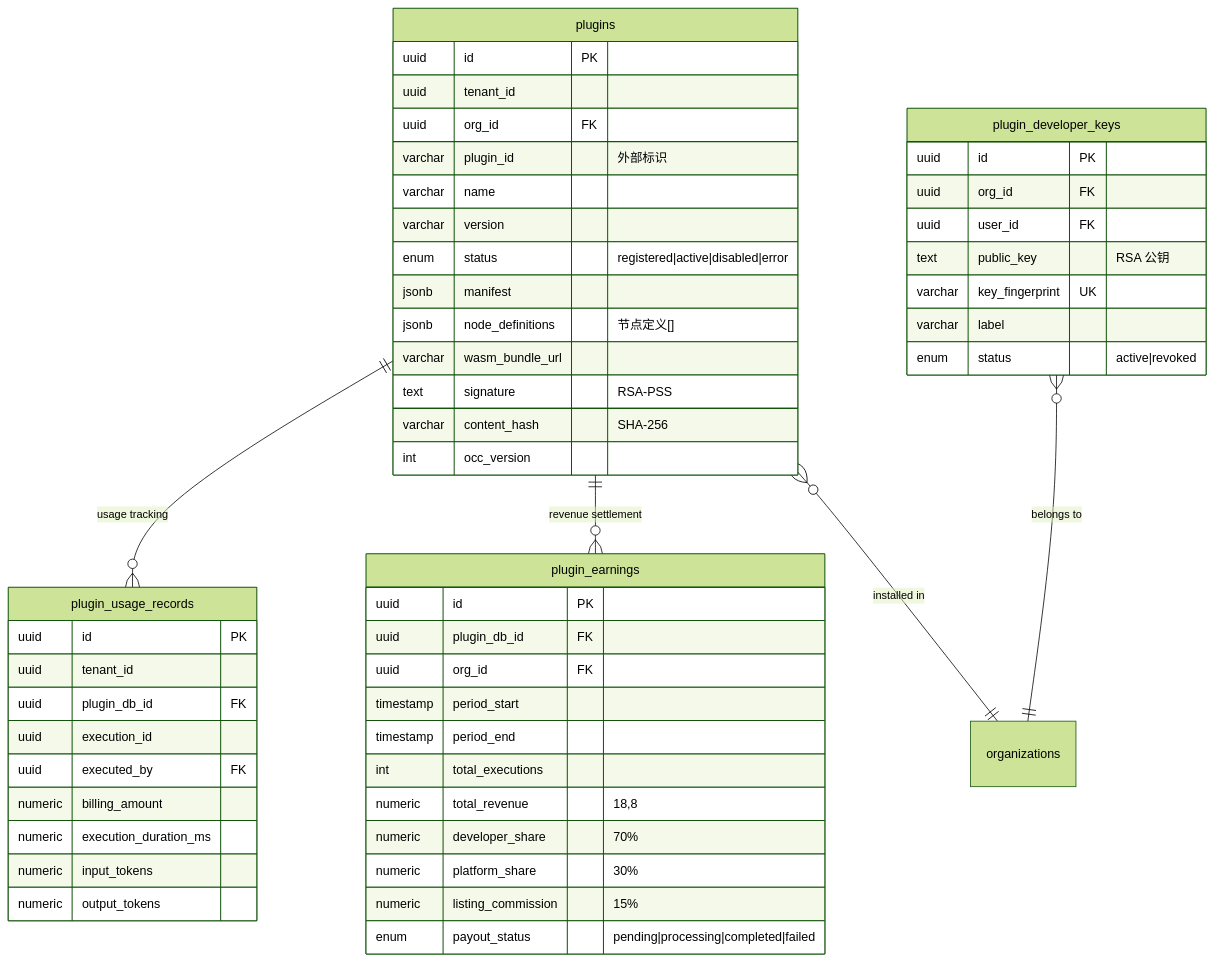
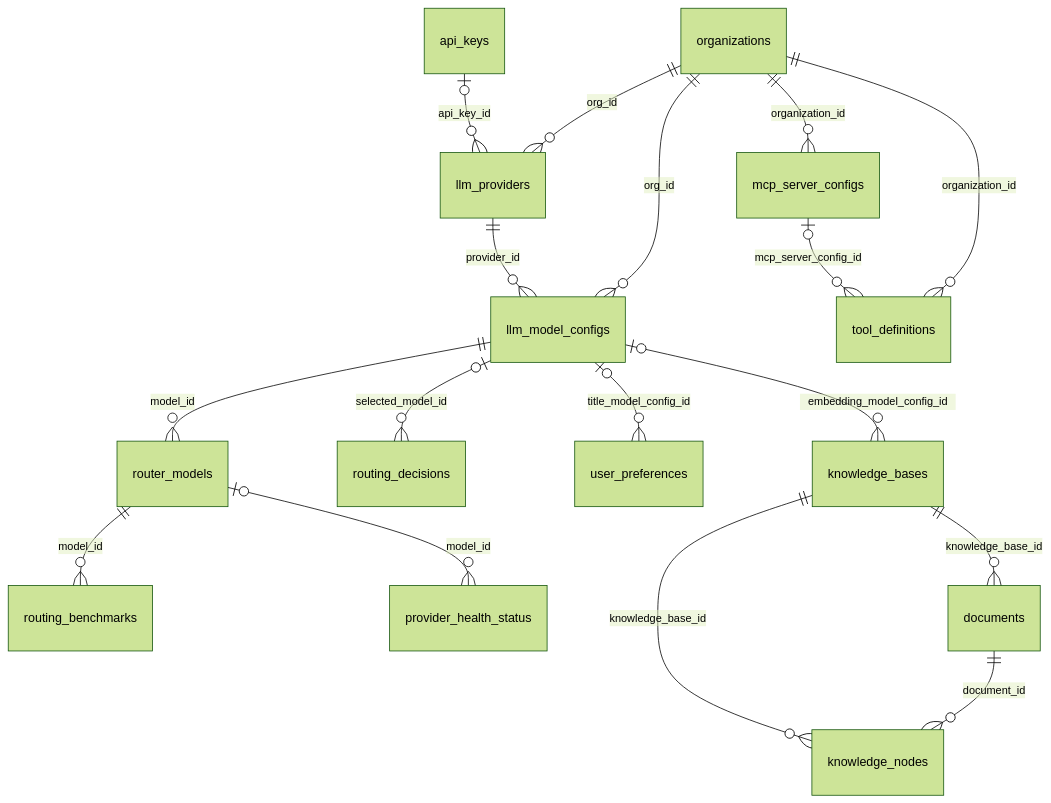
Before and after one commit to Lynricsy/AgentLoom: the sixth of 8 diagrams in agentloom-docs/dev/server/database.md, drawn with Mermaid (forest theme). The commit also changed other lines of this file and 10 other files, not shown here.

````diff
--- a/agentloom-docs/dev/server/database.md
+++ b/agentloom-docs/dev/server/database.md
@@ -261,59 +132,19 @@
 ```mermaid
 erDiagram
-    plugins {
-        uuid id PK
-        uuid tenant_id
-        uuid org_id FK
-        varchar plugin_id "外部标识"
-        varchar name
-        varchar version
-        enum status "registered|active|disabled|error"
-        jsonb manifest
-        jsonb node_definitions "节点定义[]"
-        varchar wasm_bundle_url
-        text signature "RSA-PSS"
-        varchar content_hash "SHA-256"
-        int occ_version
-    }
-
-    plugin_developer_keys {
-        uuid id PK
-        uuid org_id FK
-        uuid user_id FK
-        text public_key "RSA 公钥"
-        varchar key_fingerprint UK
-        varchar label
-        enum status "active|revoked"
-    }
-
-    plugin_usage_records {
-        uuid id PK
-        uuid tenant_id
-        uuid plugin_db_id FK
-        uuid execution_id
-        uuid executed_by FK
-        numeric billing_amount
-        numeric execution_duration_ms
-        numeric input_tokens
-        numeric output_tokens
-    }
-
-    plugin_earnings {
-        uuid id PK
-        uuid plugin_db_id FK
-        uuid org_id FK
-        timestamp period_start
-        timestamp period_end
-        int total_executions
-        numeric total_revenue "18,8"
-        numeric developer_share "70%"
-        numeric platform_share "30%"
-        numeric listing_commission "15%"
-        enum payout_status "pending|processing|completed|failed"
-    }
-
-    plugins ||--o{ plugin_usage_records : "usage tracking"
-    plugins ||--o{ plugin_earnings : "revenue settlement"
-    plugin_developer_keys }o--|| organizations : "belongs to"
-    plugins }o--|| organizations : "installed in"
+    organizations ||--o{ llm_providers : "org_id"
+    api_keys |o--o{ llm_providers : "api_key_id"
+    organizations ||--o{ llm_model_configs : "org_id"
+    llm_providers ||--o{ llm_model_configs : "provider_id"
+    llm_model_configs ||--o{ router_models : "model_id"
+    router_models ||--o{ routing_benchmarks : "model_id"
+    router_models |o--o{ provider_health_status : "model_id"
+    llm_model_configs |o--o{ routing_decisions : "selected_model_id"
+    llm_model_configs |o--o{ user_preferences : "title_model_config_id"
+    llm_model_configs |o--o{ knowledge_bases : "embedding_model_config_id"
+    knowledge_bases ||--o{ documents : "knowledge_base_id"
+    documents ||--o{ knowledge_nodes : "document_id"
+    knowledge_bases ||--o{ knowledge_nodes : "knowledge_base_id"
+    organizations ||--o{ mcp_server_configs : "organization_id"
+    organizations ||--o{ tool_definitions : "organization_id"
+    mcp_server_configs |o--o{ tool_definitions : "mcp_server_config_id"
 ```
````
